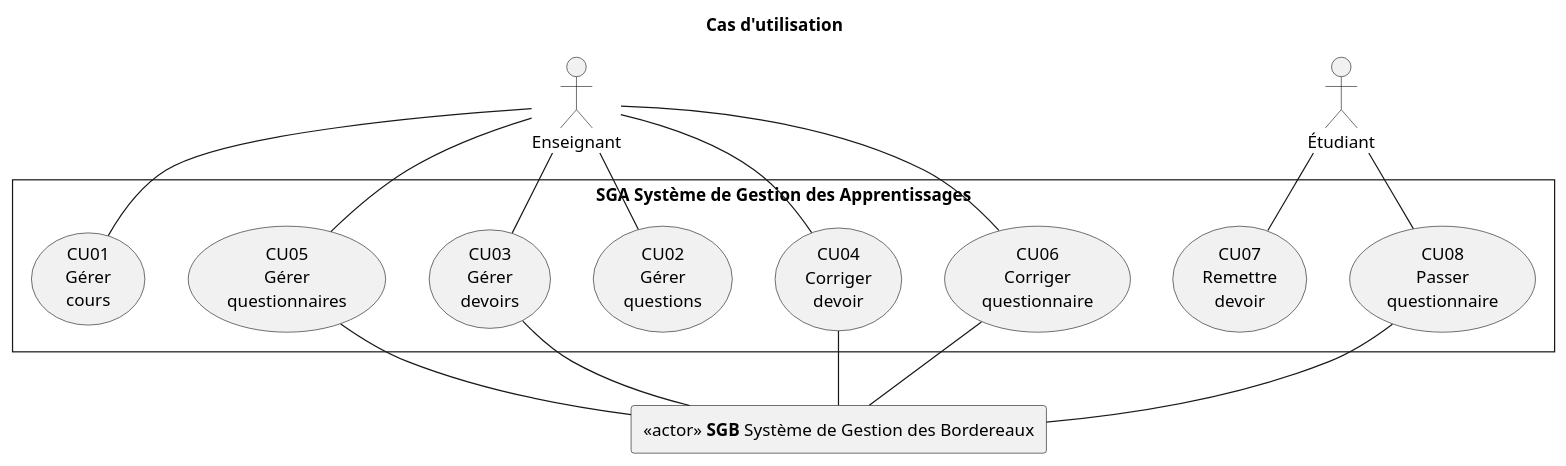
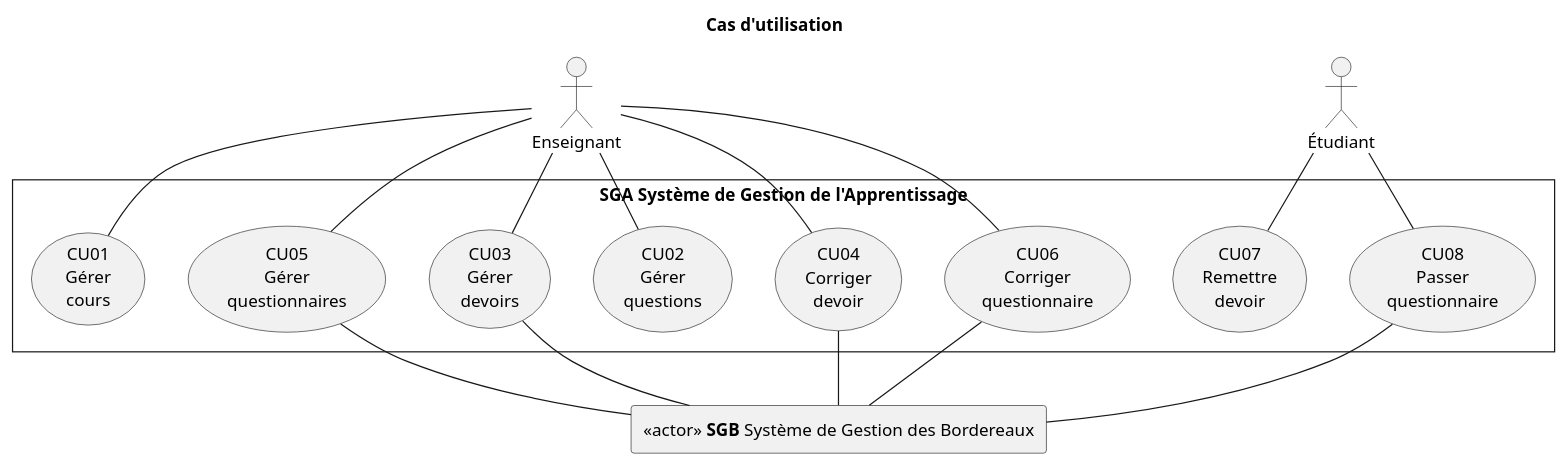
Before and after one commit to profcfuhrmanets/log210-enonce-lab1: the diagram in README-exigences-client.puml, drawn with PlantUML. The commit also changed 3 other files, not shown here.

```diff
--- a/README-exigences-client.puml
+++ b/README-exigences-client.puml
@@ -1,34 +1,34 @@
 @startuml DiagCasUtilisation
 title Cas d'utilisation
 skinparam style strictuml
 'skinparam backgroundcolor transparent
 'left to right direction
-rectangle "SGA Système de Gestion des Apprentissages" {
-(CU01\nGérer\ncours) as gc
-(CU02\nGérer\nquestions) as gq2
-(CU03\nGérer\ndevoirs) as gd
-(CU04\nCorriger\ndevoir) as cd
-(CU05\nGérer\nquestionnaires) as gq1
-(CU06\nCorriger\nquestionnaire) as cq
-(CU07\nRemettre\ndevoir) as rd
-(CU08\nPasser\nquestionnaire) as pq
+rectangle "SGA Système de Gestion de l'Apprentissage" {
+    (CU01\nGérer\ncours) as gc
+    (CU02\nGérer\nquestions) as gq2
+    (CU03\nGérer\ndevoirs) as gd
+    (CU04\nCorriger\ndevoir) as cd
+    (CU05\nGérer\nquestionnaires) as gq1
+    (CU06\nCorriger\nquestionnaire) as cq
+    (CU07\nRemettre\ndevoir) as rd
+    (CU08\nPasser\nquestionnaire) as pq
 }
 'actor "Administrateur" as A
 actor "Enseignant" as P
 actor "Étudiant" as E
 rectangle "<<actor>> **SGB** Système de Gestion des Bordereaux" as signets
 P -- gc
 P -- gq1
 P -- gq2
 P -- gd
 P -- cd
 P -- cq
 'A -- ie
 E -- pq
 E -- rd
 signets -u- gq1
 signets -u- gd
 signets -u- pq
 signets -u- cd
 signets -u- cq
 @enduml
```
